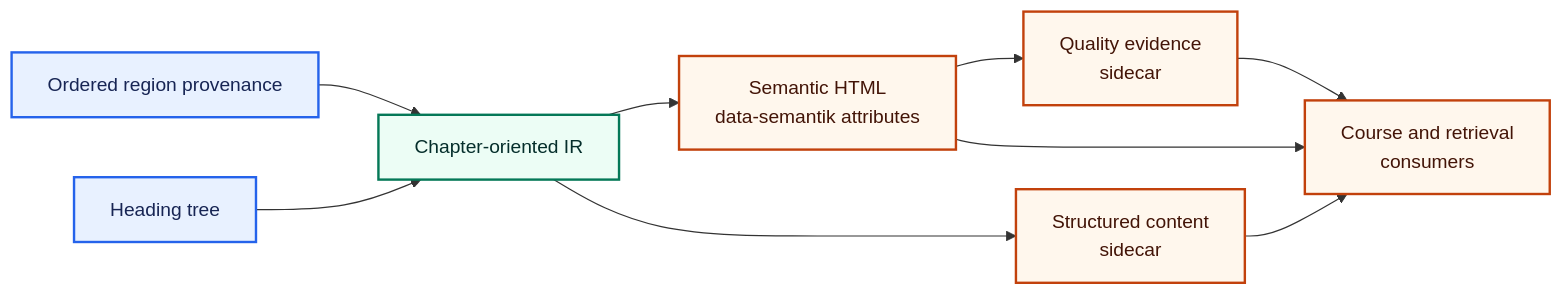
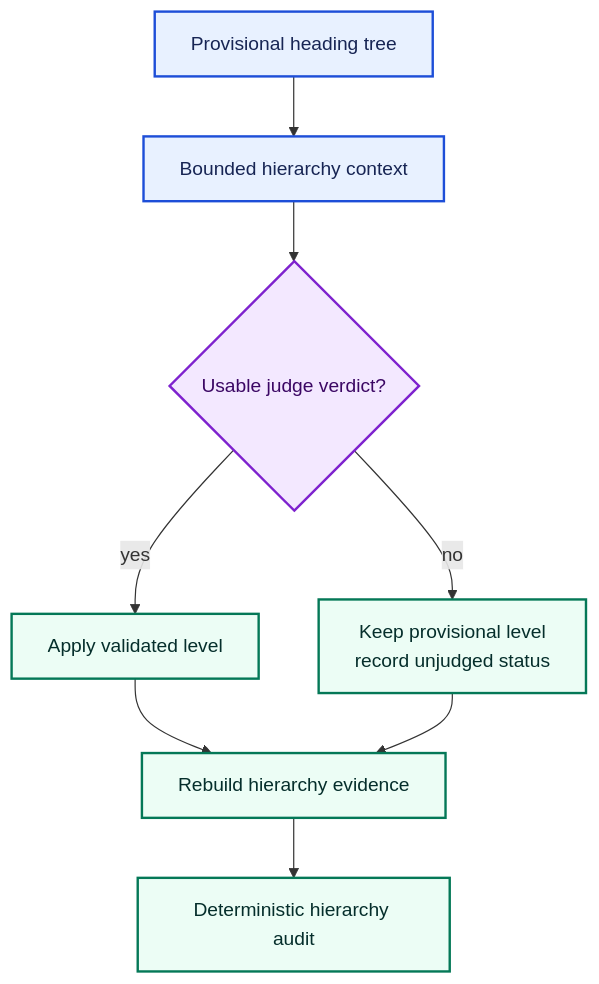
One commit to mdmurphy822/Ed4All changed the third of 3 diagrams in docs/architecture/hybrid-vision-extraction.md. Above: the diagram before and after it, drawn with Mermaid. The commit also changed other lines of this file, not shown here.

Commit message:
docs(semantik): rebuild extraction architecture

````diff
--- a/docs/architecture/hybrid-vision-extraction.md
+++ b/docs/architecture/hybrid-vision-extraction.md
@@ -148,18 +126,17 @@
 ```mermaid
-flowchart LR
-    REGIONS["Ordered region provenance"] --> IR["Chapter-oriented IR"]
-    TREE["Heading tree"] --> IR
-    IR --> HTML["Semantic HTML<br/>data-semantik attributes"]
-    IR --> STRUCTURED["Structured content<br/>sidecar"]
-    HTML --> QUALITY["Quality evidence<br/>sidecar"]
-    HTML --> CONSUMERS["Course and retrieval<br/>consumers"]
-    STRUCTURED --> CONSUMERS
-    QUALITY --> CONSUMERS
+flowchart TD
+    P["Provisional heading tree"] --> C["Bounded hierarchy context"]
+    C --> V{"Usable judge verdict?"}
+    V -->|"yes"| A["Apply validated level"]
+    V -->|"no"| K["Keep provisional level<br/>record unjudged status"]
+    A --> R["Rebuild hierarchy evidence"]
+    K --> R
+    R --> Q["Deterministic hierarchy audit"]
 
-    classDef contract fill:#E8F1FF,stroke:#2563EB,color:#172554,stroke-width:2px;
-    classDef deterministic fill:#ECFDF5,stroke:#047857,color:#052E2B,stroke-width:2px;
-    classDef artifact fill:#FFF7ED,stroke:#C2410C,color:#431407,stroke-width:2px;
-    class REGIONS,TREE contract;
-    class IR deterministic;
-    class HTML,STRUCTURED,QUALITY,CONSUMERS artifact;
+    classDef evidence fill:#E8F1FF,stroke:#1D4ED8,color:#172554,stroke-width:2px;
+    classDef model fill:#F3E8FF,stroke:#7E22CE,color:#3B0764,stroke-width:2px;
+    classDef safe fill:#ECFDF5,stroke:#047857,color:#052E2B,stroke-width:2px;
+    class P,C evidence;
+    class V model;
+    class A,K,R,Q safe;
 ```
````
